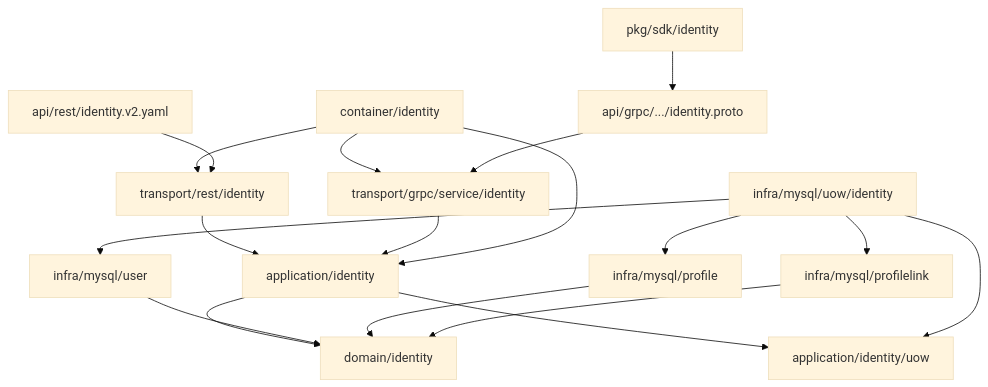
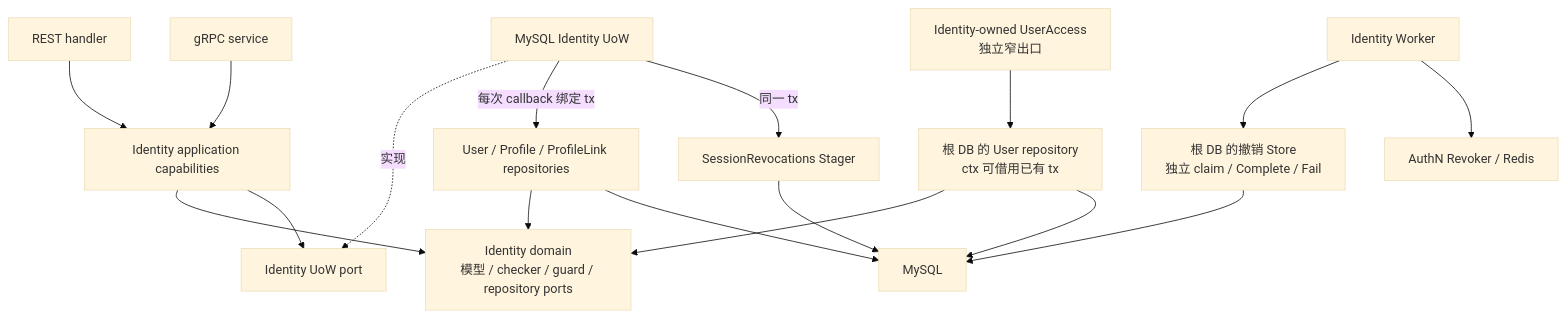
Before and after one commit to FangcunMount/iam: the diagram in docs/02-业务模块/01-Identity/05-分层架构与代码索引.md, drawn with Mermaid (base theme). The commit also changed other lines of this file and 36 other files, not shown here.

````diff
--- a/docs/02-业务模块/01-Identity/05-分层架构与代码索引.md
+++ b/docs/02-业务模块/01-Identity/05-分层架构与代码索引.md
@@ -52,20 +22,19 @@
 ```mermaid
-flowchart TD
-    REST["transport/rest/identity"] --> APP["application/identity"]
-    GRPC["transport/grpc/service/identity"] --> APP
-    APP --> DOMAIN["domain/identity"]
-    APP --> UOWPORT["application/identity/uow"]
-    UOWIMPL["infra/mysql/uow/identity"] --> UOWPORT
-    UOWIMPL --> USERREPO["infra/mysql/user"]
-    UOWIMPL --> PROFILEREPO["infra/mysql/profile"]
-    UOWIMPL --> LINKREPO["infra/mysql/profilelink"]
-    USERREPO --> DOMAIN
-    PROFILEREPO --> DOMAIN
-    LINKREPO --> DOMAIN
-    CONTAINER["container/identity"] --> REST
-    CONTAINER --> GRPC
-    CONTAINER --> APP
-    PROTO["api/grpc/.../identity.proto"] --> GRPC
-    OPENAPI["api/rest/identity.v2.yaml"] --> REST
-    SDK["pkg/sdk/identity"] --> PROTO
+flowchart TB
+    REST["REST handler"] --> APP["Identity application capabilities"]
+    GRPC["gRPC service"] --> APP
+    APP --> DOMAIN["Identity domain<br/>模型 / checker / guard / repository ports"]
+    APP --> PORT["Identity UoW port"]
+    IMPL["MySQL Identity UoW"] -. "实现" .-> PORT
+    IMPL -->|"每次 callback 绑定 tx"| REPOS["User / Profile / ProfileLink repositories"]
+    IMPL -->|"同一 tx"| STAGER["SessionRevocations Stager"]
+    REPOS --> DOMAIN
+    REPOS --> DB["MySQL"]
+    STAGER --> DB
+    UA["Identity-owned UserAccess<br/>独立窄出口"] --> UAREPO["根 DB 的 User repository<br/>ctx 可借用已有 tx"]
+    UAREPO --> DOMAIN
+    UAREPO --> DB
+    WORKER["Identity Worker"] --> STORE["根 DB 的撤销 Store<br/>独立 claim / Complete / Fail"]
+    STORE --> DB
+    WORKER --> REV["AuthN Revoker / Redis"]
 ```
````
